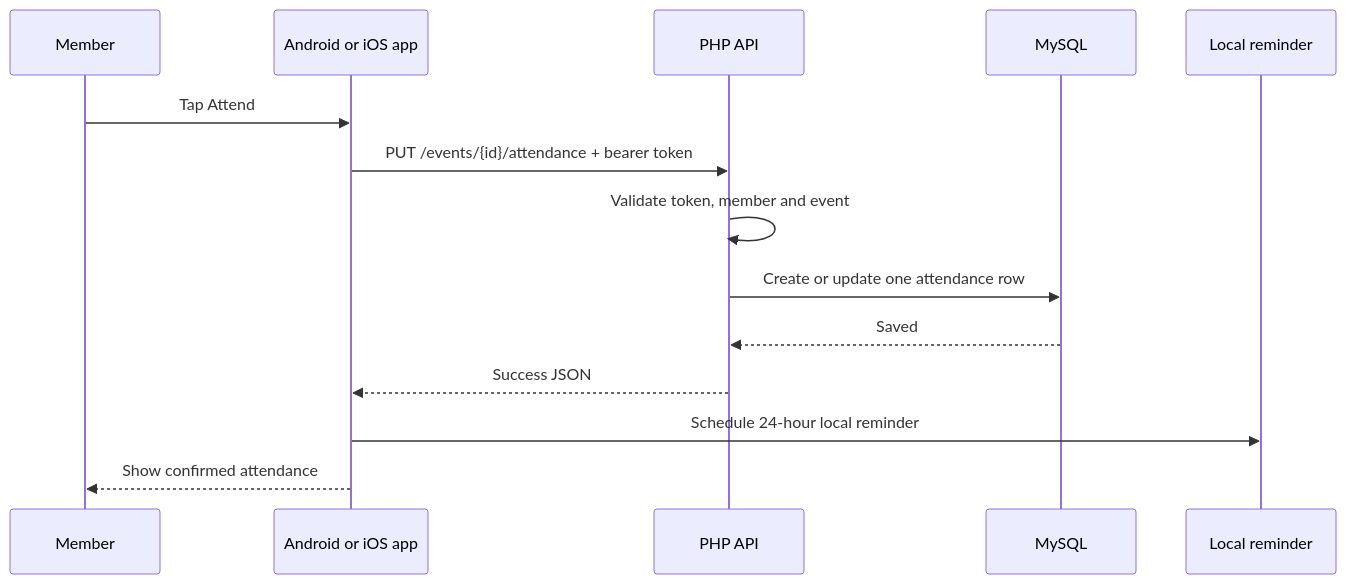
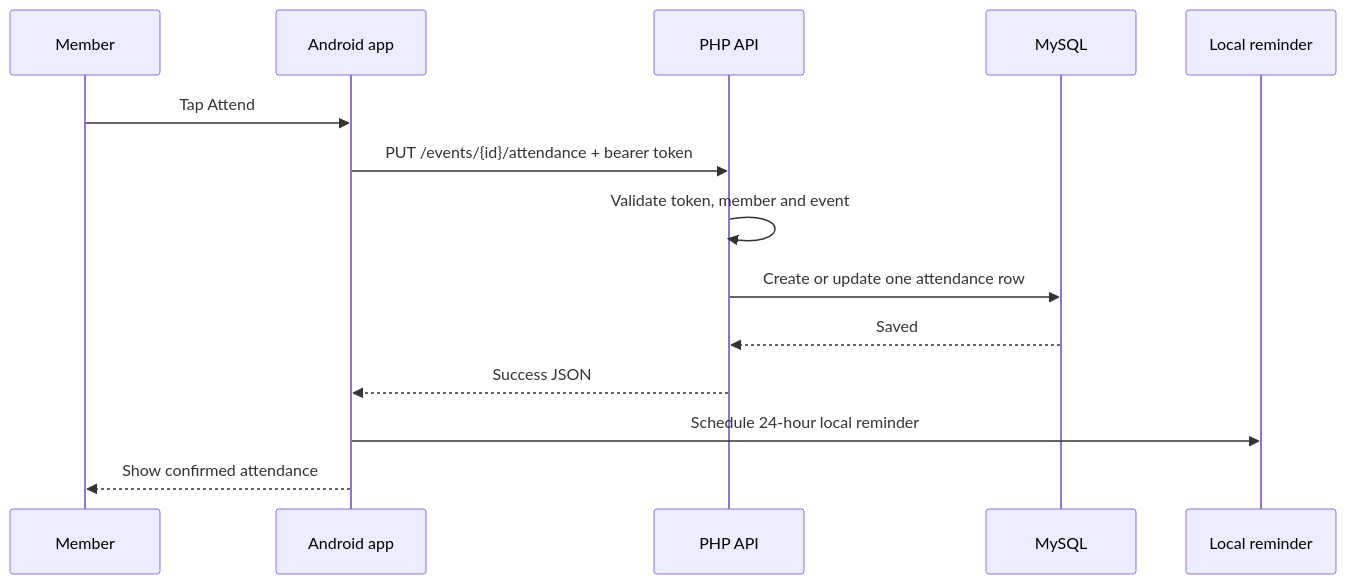
The fourth of 5 diagrams in docs/PLATFORM_EXPLAINER_AND_VIVA.md (kxcy77/BKKCommunity-Platform), drawn with Mermaid before and after one commit. The commit also changed other lines of this file and 105 other files, not shown here.

````diff
--- a/docs/PLATFORM_EXPLAINER_AND_VIVA.md
+++ b/docs/PLATFORM_EXPLAINER_AND_VIVA.md
@@ -157,17 +153,17 @@
 ```mermaid
 sequenceDiagram
     participant M as Member
-    participant A as Android or iOS app
+    participant A as Android app
     participant API as PHP API
     participant DB as MySQL
     participant R as Local reminder
 
     M->>A: Tap Attend
     A->>API: PUT /events/{id}/attendance + bearer token
     API->>API: Validate token, member and event
     API->>DB: Create or update one attendance row
     DB-->>API: Saved
     API-->>A: Success JSON
     A->>R: Schedule 24-hour local reminder
     A-->>M: Show confirmed attendance
 ```
````
